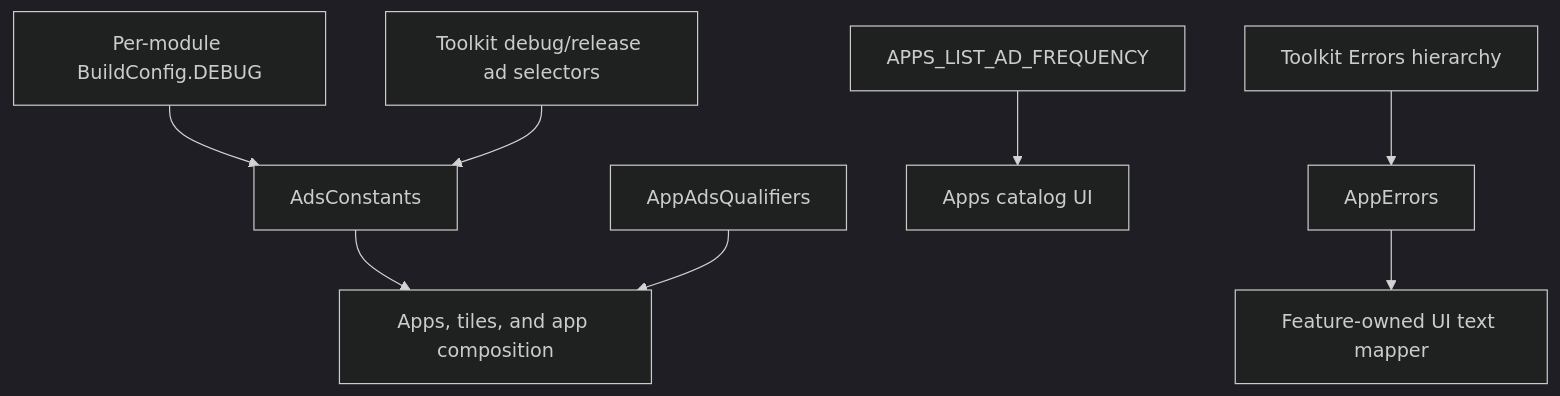
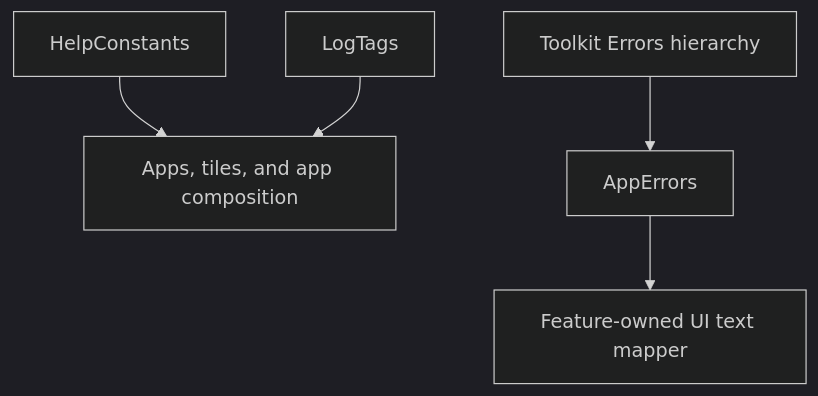
Before and after one commit to MihaiCristianCondrea/App-Toolkit-for-Android: the diagram in sample/core/common/README.md, drawn with Mermaid (dark theme). The commit also changed other lines of this file and 32 other files, not shown here.

````diff
--- a/sample/core/common/README.md
+++ b/sample/core/common/README.md
@@ -31,10 +30,7 @@
 ```mermaid
 flowchart TD
-    Build[Per-module BuildConfig.DEBUG] --> Ads[AdsConstants]
-    ToolkitIds[Toolkit debug/release ad selectors] --> Ads
-    Ads --> Features[Apps, tiles, and app composition]
-    Qualifiers[AppAdsQualifiers] --> Features
-    Tuning[APPS_LIST_AD_FREQUENCY] --> Apps[Apps catalog UI]
+    Help[HelpConstants] --> Features[Apps, tiles, and app composition]
+    Logs[LogTags] --> Features
     Network[Toolkit Errors hierarchy] --> Errors[AppErrors]
     Errors --> Mapper[Feature-owned UI text mapper]
 ```
````
